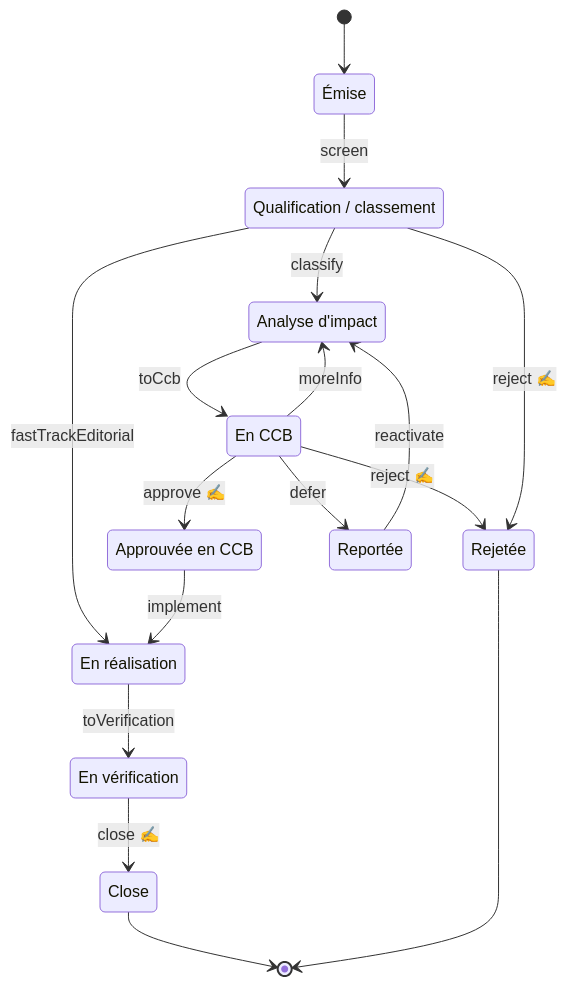
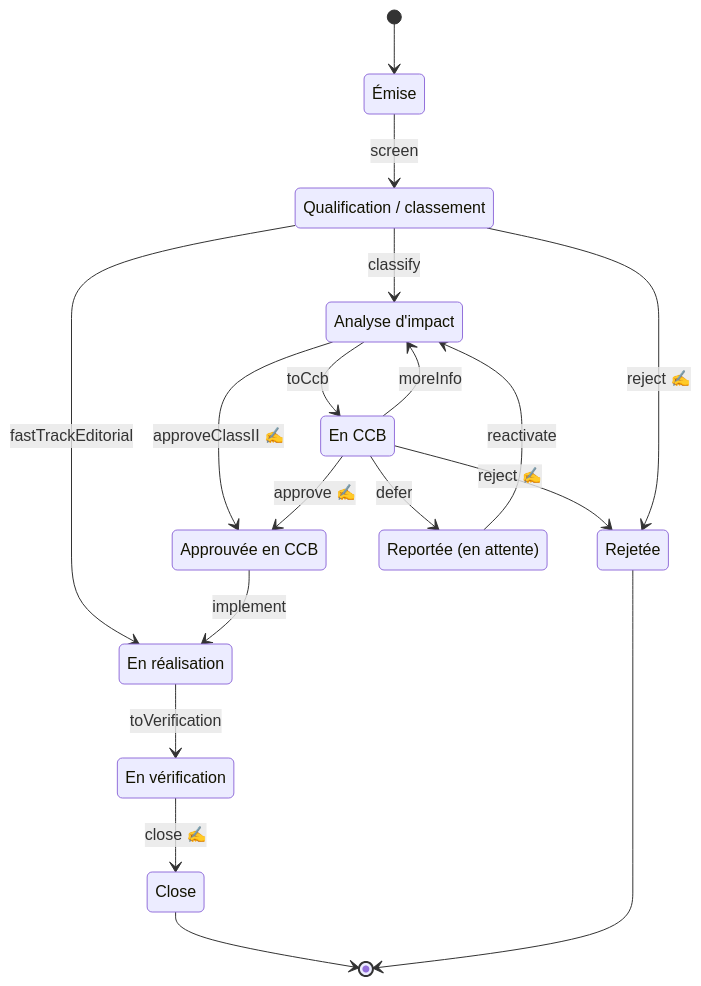
One commit to PapSee1/ALM_Datamodel changed diagram 14 of 27 in docs/generated/A4_workflows.md. Above: the diagram before and after it, drawn with Mermaid. The commit also changed other lines of this file and 320 other files, not shown here.

````diff
--- a/docs/generated/A4_workflows.md
+++ b/docs/generated/A4_workflows.md
@@ -479,29 +474,30 @@
 ```mermaid
 stateDiagram-v2
     [*] --> submitted
     submitted : Émise
     screening : Qualification / classement
     impactAnalysis : Analyse d'impact
     ccbReview : En CCB
     ccbApproved : Approuvée en CCB
     implementation : En réalisation
     verification : En vérification
     closed : Close
     rejected : Rejetée
-    deferred : Reportée
+    deferred : Reportée (en attente)
     submitted --> screening : screen
     screening --> impactAnalysis : classify
     screening --> implementation : fastTrackEditorial
     impactAnalysis --> ccbReview : toCcb
+    impactAnalysis --> ccbApproved : approveClassII ✍
     ccbReview --> ccbApproved : approve ✍
     ccbReview --> rejected : reject ✍
     screening --> rejected : reject ✍
     ccbReview --> deferred : defer
     ccbReview --> impactAnalysis : moreInfo
     ccbApproved --> implementation : implement
     implementation --> verification : toVerification
     verification --> closed : close ✍
     deferred --> impactAnalysis : reactivate
     closed --> [*]
     rejected --> [*]
 ```
````
